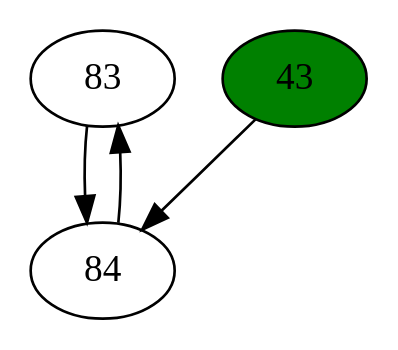
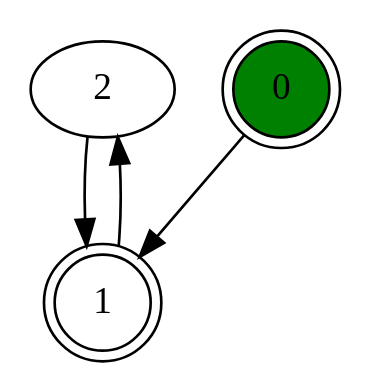
One commit to SamirToularhmine/Enoso changed the diagram in test.dot. Above: the diagram before and after it, drawn with Graphviz. The commit also changed 3 other files, not shown here.

```diff
--- a/test.dot
+++ b/test.dot
@@ -1,8 +1,14 @@
 digraph G {
-83 -> { 84 }
-84 -> { 83 }
+2 -> { 1 }
 {
-43 [style = filled fillcolor = green]
+0 [shape = doublecircle]
 }
-43 -> { 84 }
+{
+0 [style = filled fillcolor = green]
 }
+0 -> { 1 }
+{
+1 [shape = doublecircle]
+}
+1 -> { 2 }
+}
```
